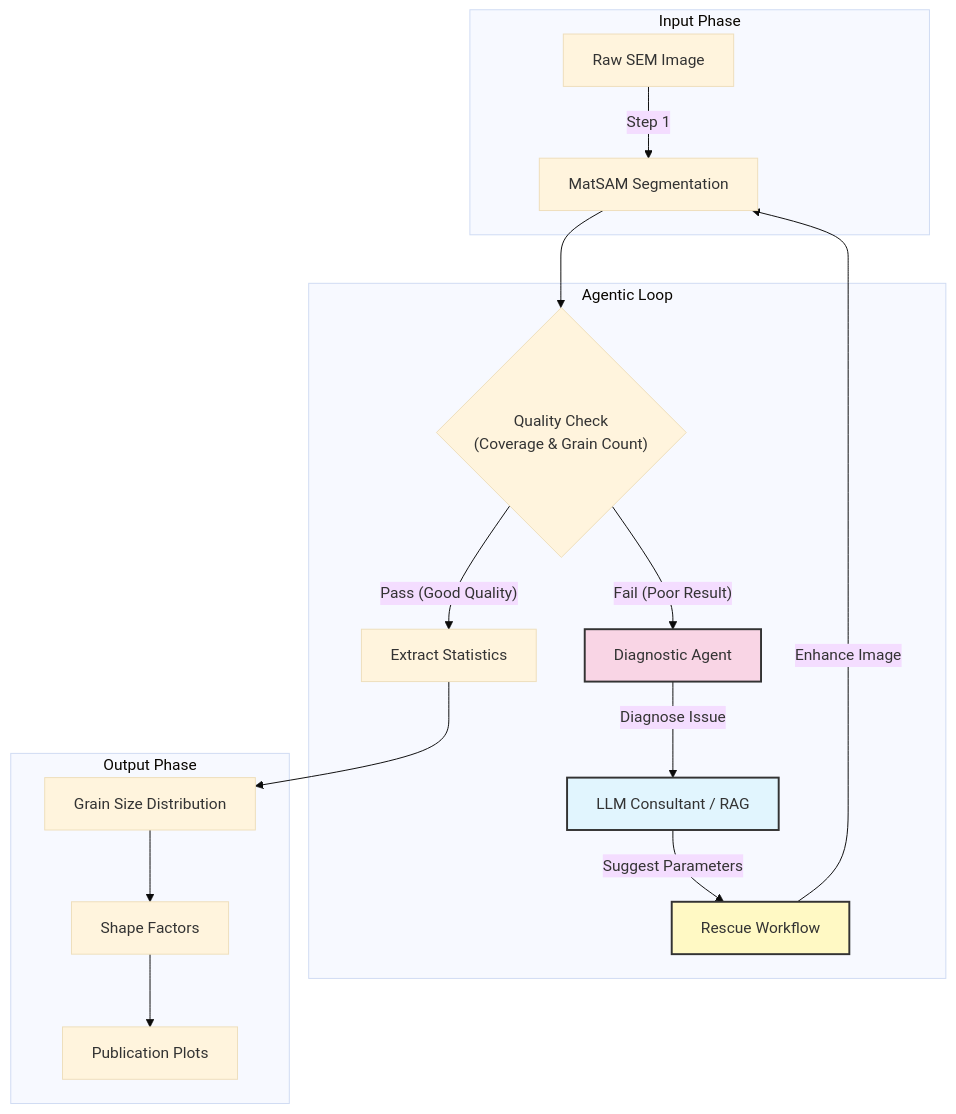
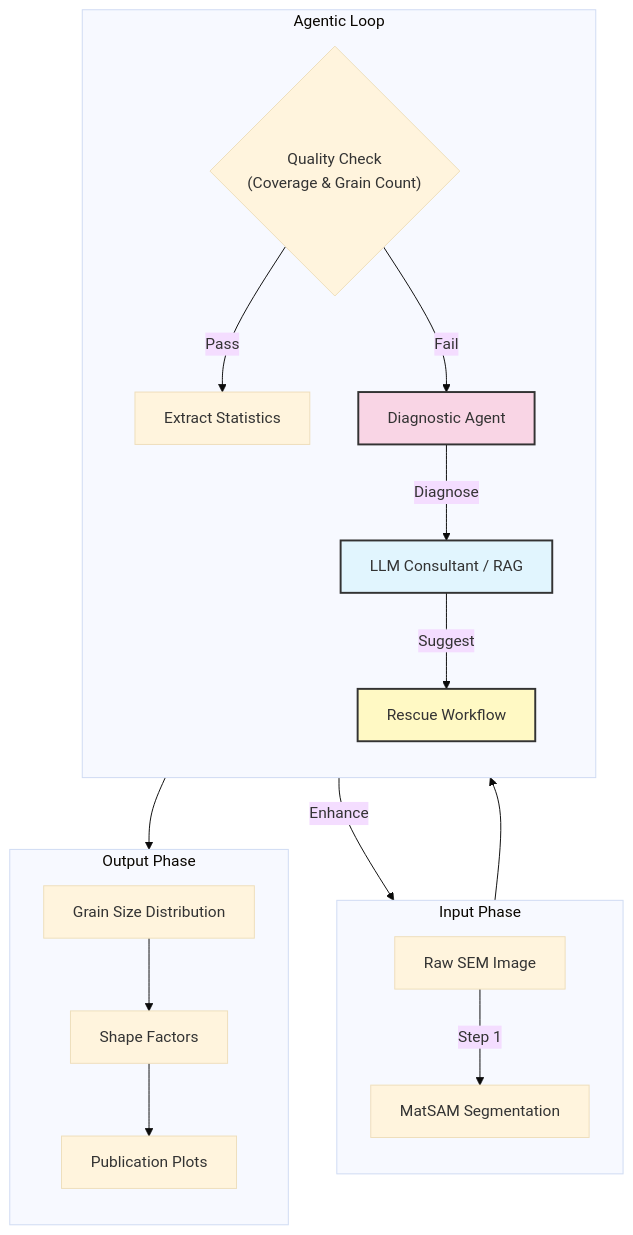
Before and after one commit to AliBaghizadeh/sem-image--agent-segmentation: the diagram in README.md, drawn with Mermaid (base theme).

Commit message:
Refine Mermaid diagram with centered alignment and vertical flow

````diff
--- a/README.md
+++ b/README.md
@@ -103,26 +103,34 @@
 ```mermaid
 graph TD
+    %% Main Pipeline Flow
     subgraph "Input Phase"
+    direction TB
     A[Raw SEM Image] -->|Step 1| B[MatSAM Segmentation]
     end
 
     subgraph "Agentic Loop"
+    direction TB
     B --> C{"Quality Check<br/>(Coverage & Grain Count)"}
-    C -- "Pass (Good Quality)" --> D[Extract Statistics]
-    C -- "Fail (Poor Result)" --> E[Diagnostic Agent]
     
-    E -->|Diagnose Issue| F[LLM Consultant / RAG]
-    F -->|Suggest Parameters| G[Rescue Workflow]
-    G -->|Enhance Image| B
+    %% Success Path (Left Side)
+    C -->|Pass| D[Extract Statistics]
+    
+    %% Failure Path (Right Side)
+    C -->|Fail| E[Diagnostic Agent]
+    E -->|Diagnose| F[LLM Consultant / RAG]
+    F -->|Suggest| G[Rescue Workflow]
+    G -->|Enhance| B
     end
 
     subgraph "Output Phase"
+    direction TB
     D --> H[Grain Size Distribution]
     H --> I[Shape Factors]
     I --> J[Publication Plots]
     end
     
+    %% Styles
     style E fill:#f9d5e5,stroke:#333,stroke-width:2px
     style F fill:#e1f5fe,stroke:#333,stroke-width:2px
     style G fill:#fff9c4,stroke:#333,stroke-width:2px
 ```
````
